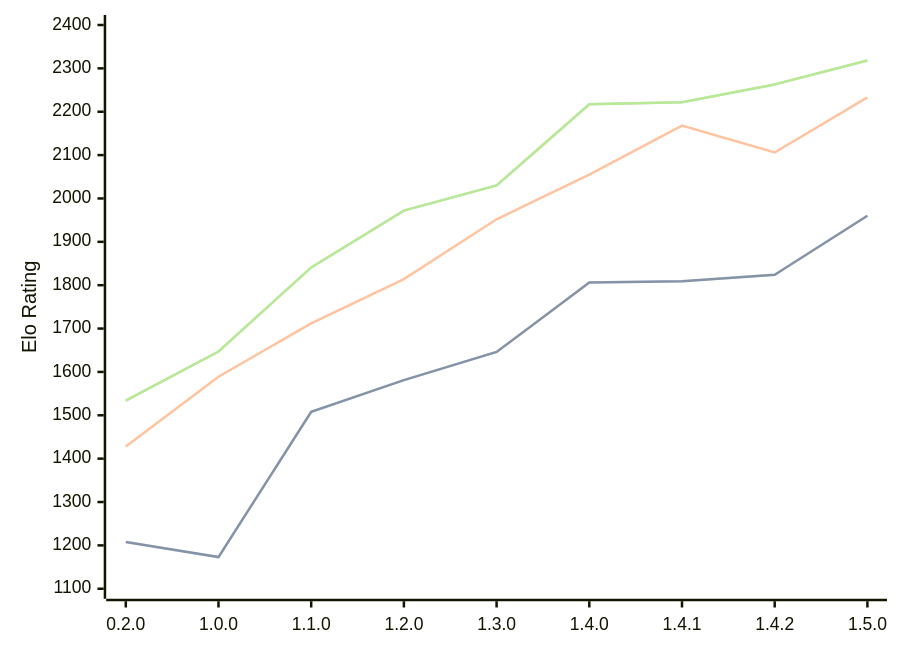
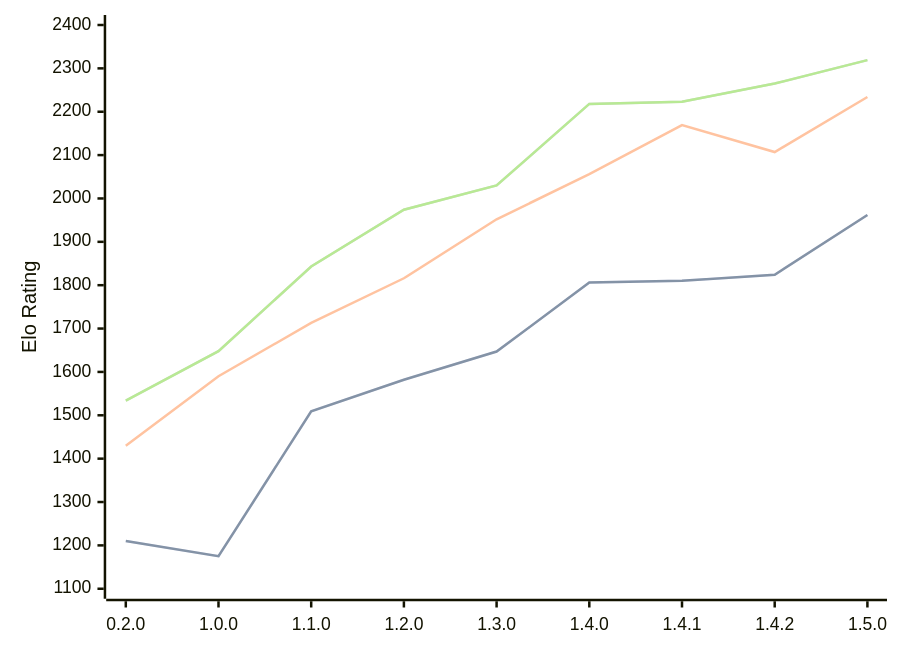
The diagram in engines/Zeppelin.md (computer-chess-index/cci), drawn with Mermaid before and after one commit. The commit also changed other lines of this file, not shown here.

Commit message:
Update CCI Ratings (ELO VLTC) - 2026-05-16

````diff
--- a/engines/Zeppelin.md
+++ b/engines/Zeppelin.md
@@ -41,11 +41,11 @@
 ```mermaid
 %%{init: {"theme":"base","themeVariables":{"seriesColors:['#a3a3a3','#222221','#faa371']}}}%%
 xychart-beta
   x-axis ["0.2.0", "1.0.0", "1.1.0", "1.2.0", "1.3.0", "1.4.0", "1.4.1", "1.4.2", "1.5.0"]
   y-axis "Elo Rating" 1100 --> 2400
-  line "STC (8.0+0.08s)" [1208, 1173, 1508, 1581, 1646, 1806, 1809, 1824, 1960]
-  line "STC (8.0+0.08s)" [1208, 1173, 1508, 1581, 1646, 1806, 1809, 1824, 1960]
-  line "LTC (60.0+0.60s)" [1428, 1589, 1712, 1814, 1952, 2055, 2168, 2106, 2233]
-  line "VLTC (2m24s+1.12s)" [1534, 1647, 1841, 1972, 2030, 2217, 2222, 2263, 2318]
-  line "VLTC (2m24s+1.12s)" [1534, 1647, 1841, 1972, 2030, 2217, 2222, 2263, 2318]
+  line "STC (8.0+0.08s)" [1210, 1175, 1509, 1582, 1647, 1806, 1810, 1824, 1962]
+  line "STC (8.0+0.08s)" [1210, 1175, 1509, 1582, 1647, 1806, 1810, 1824, 1962]
+  line "LTC (60.0+0.60s)" [1430, 1590, 1713, 1816, 1952, 2056, 2169, 2107, 2234]
+  line "VLTC (2m24s+1.12s)" [1534, 1648, 1843, 1974, 2030, 2218, 2223, 2265, 2319]
+  line "VLTC (2m24s+1.12s)" [1534, 1648, 1843, 1974, 2030, 2218, 2223, 2265, 2319]
 ```
````
